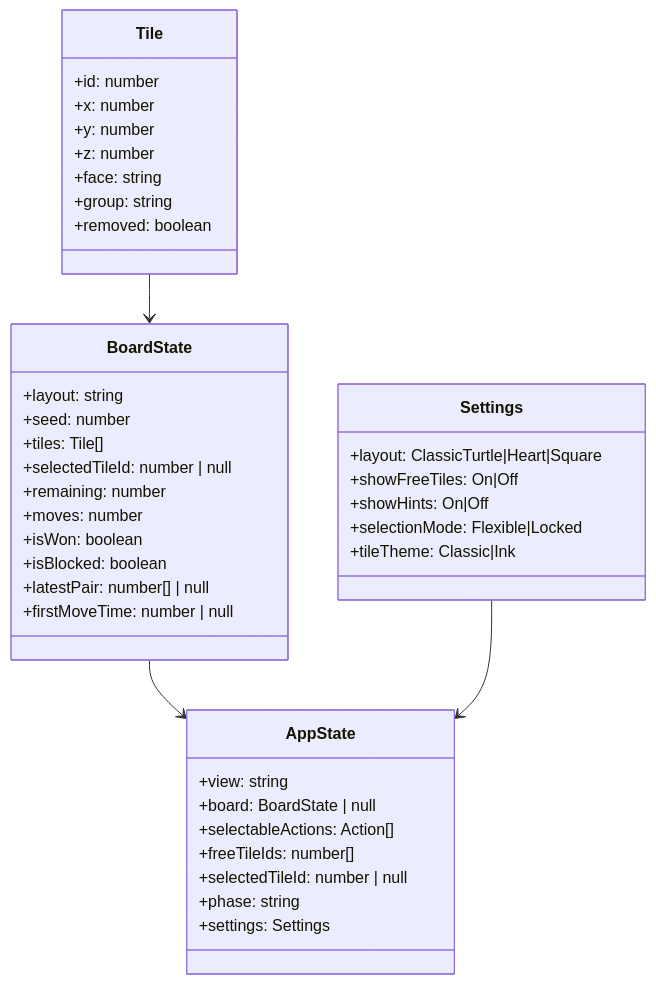
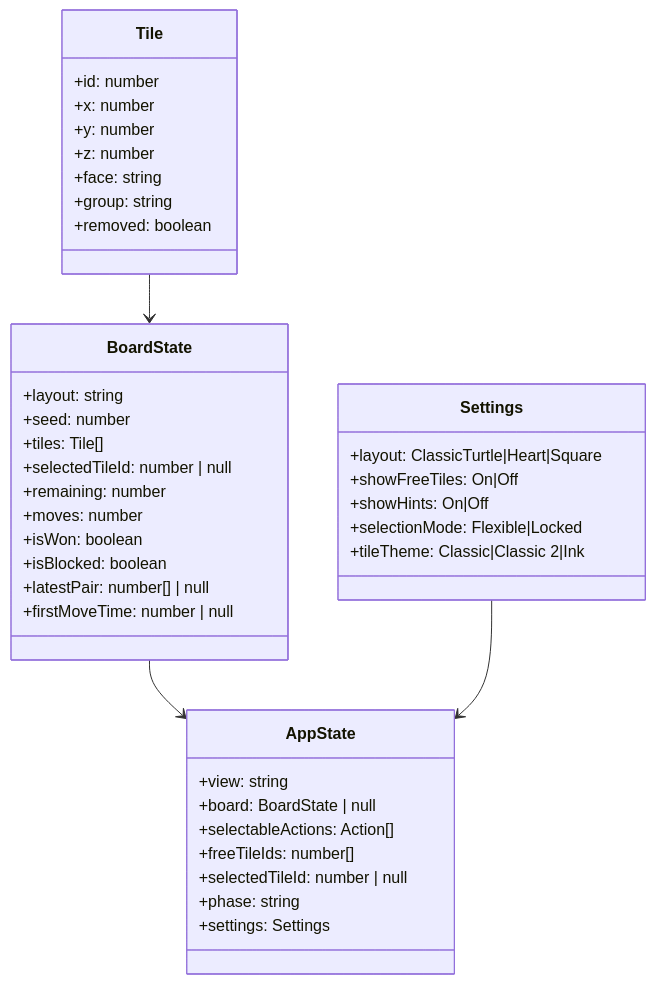
One commit to OMerkel/mahjong_solitaire changed the second of 6 diagrams in javascript/html5/src/doc/software_architecture.md. Above: the diagram before and after it, drawn with Mermaid. The commit also changed other lines of this file and 25 other files, not shown here.

Commit message:
Third theme "Classic 2" and tile preview in Rules section.

````diff
--- a/javascript/html5/src/doc/software_architecture.md
+++ b/javascript/html5/src/doc/software_architecture.md
@@ -112,47 +112,47 @@
 ```mermaid
 classDiagram
   class Tile {
     +id: number
     +x: number
     +y: number
     +z: number
     +face: string
     +group: string
     +removed: boolean
   }
 
   class BoardState {
     +layout: string
     +seed: number
     +tiles: Tile[]
     +selectedTileId: number | null
     +remaining: number
     +moves: number
     +isWon: boolean
     +isBlocked: boolean
     +latestPair: number[] | null
     +firstMoveTime: number | null
   }
 
   class AppState {
     +view: string
     +board: BoardState | null
     +selectableActions: Action[]
     +freeTileIds: number[]
     +selectedTileId: number | null
     +phase: string
     +settings: Settings
   }
 
   class Settings {
     +layout: ClassicTurtle|Heart|Square
     +showFreeTiles: On|Off
     +showHints: On|Off
     +selectionMode: Flexible|Locked
-    +tileTheme: Classic|Ink
+    +tileTheme: Classic|Classic 2|Ink
   }
 
   Tile --> BoardState
   BoardState --> AppState
   Settings --> AppState
 ```
````
